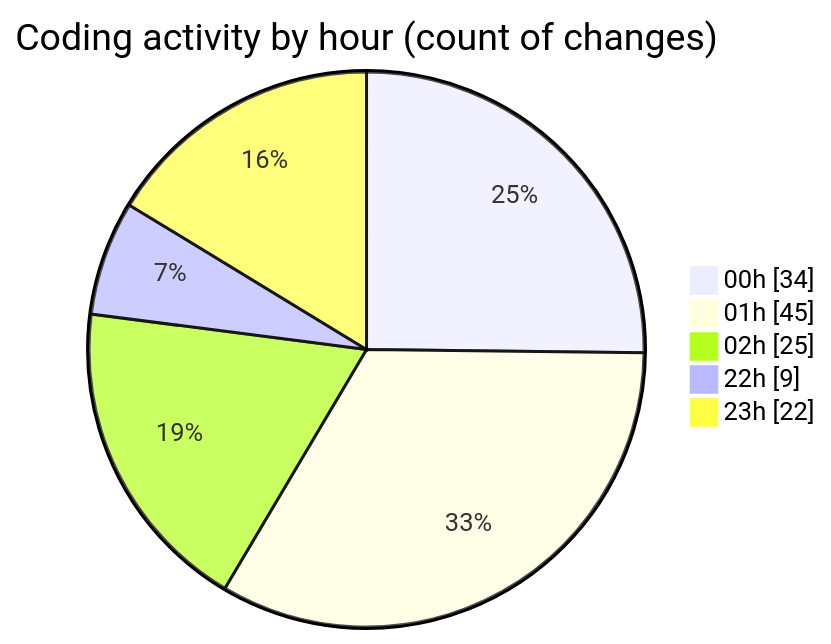
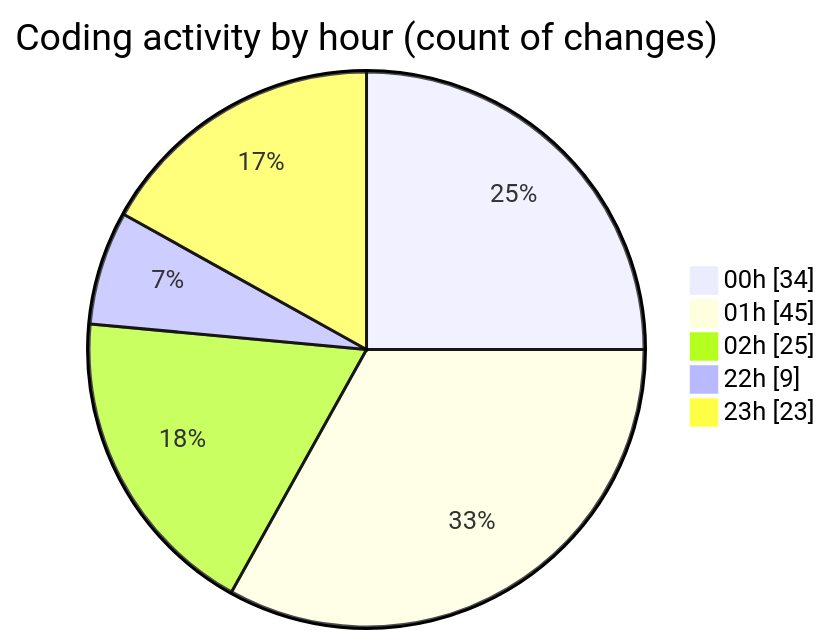
One commit to lephambinh05/code-tracking changed the second of 2 diagrams in 2025-07-15/nhahang/README.md. Above: the diagram before and after it, drawn with Mermaid. The commit also changed other lines of this file and 1 other file, not shown here.

````diff
--- a/2025-07-15/nhahang/README.md
+++ b/2025-07-15/nhahang/README.md
@@ -88,9 +88,9 @@
 ```mermaid
 pie showData
 title Coding activity by hour (count of changes)
 "00h" : 34
 "01h" : 45
 "02h" : 25
 "22h" : 9
-"23h" : 22
+"23h" : 23
 ```
````
